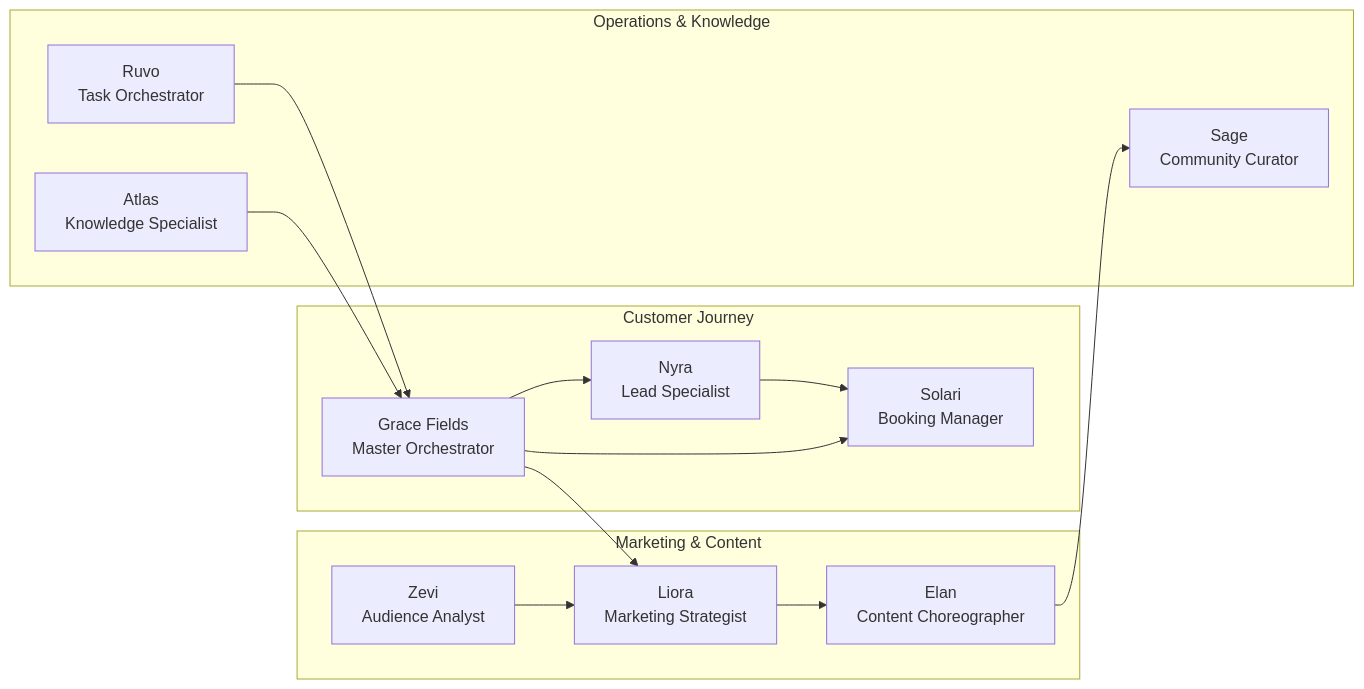
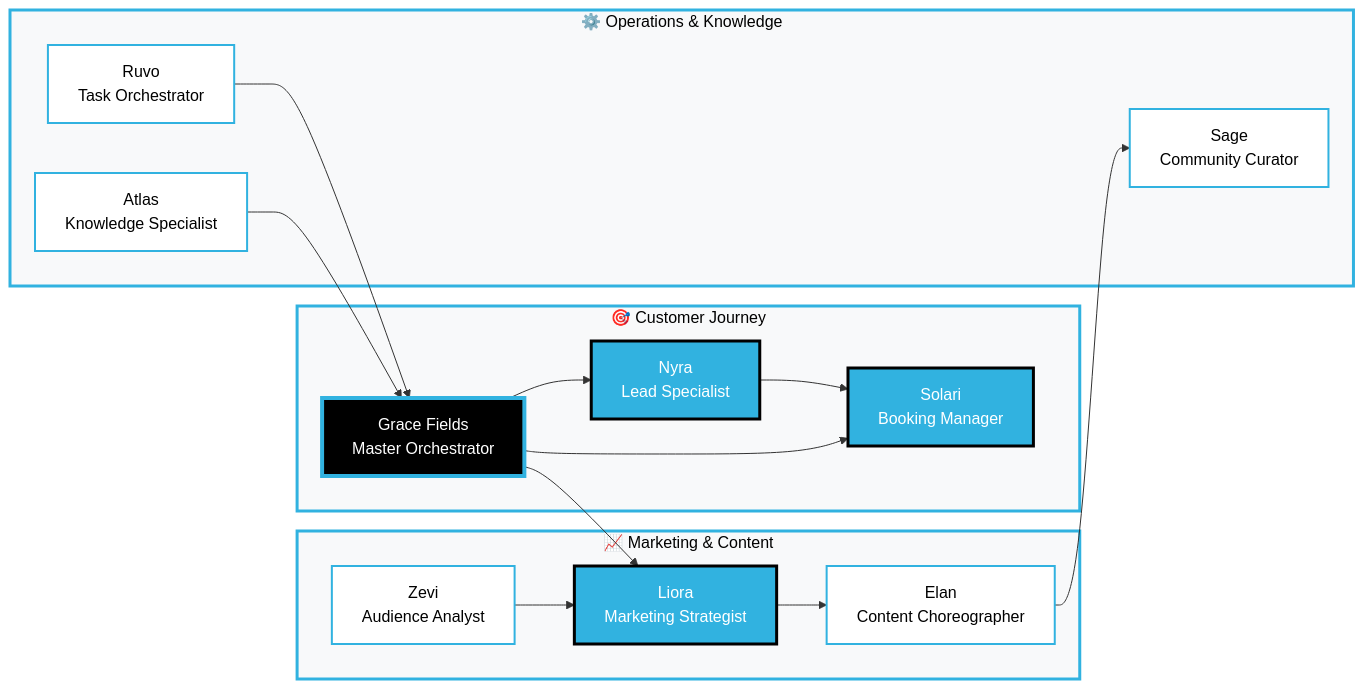
Before and after one commit to Utak-West/The-HigherSelf-Network-Server: the third of 5 diagrams in README.md, drawn with Mermaid. The commit also changed other lines of this file, not shown here.

````diff
--- a/README.md
+++ b/README.md
@@ -445,30 +488,41 @@
 ```mermaid
 graph LR
-    subgraph "Customer Journey"
+    subgraph CJ ["🎯 Customer Journey"]
         N[Nyra<br/>Lead Specialist]
         S[Solari<br/>Booking Manager]
         GF[Grace Fields<br/>Master Orchestrator]
     end
 
-    subgraph "Marketing & Content"
+    subgraph MC ["📈 Marketing & Content"]
         L[Liora<br/>Marketing Strategist]
         E[Elan<br/>Content Choreographer]
         Z[Zevi<br/>Audience Analyst]
     end
 
-    subgraph "Operations & Knowledge"
+    subgraph OK ["⚙️ Operations & Knowledge"]
         R[Ruvo<br/>Task Orchestrator]
         SG[Sage<br/>Community Curator]
         A[Atlas<br/>Knowledge Specialist]
     end
 
     N --> S
     L --> E
     E --> SG
     Z --> L
     R --> GF
     A --> GF
     GF --> N
     GF --> S
     GF --> L
+
+    %% HigherSelf Brand Styling
+    classDef primaryAgent fill:#31B2E0,stroke:#000000,stroke-width:3px,color:#FFFFFF
+    classDef secondaryAgent fill:#FFFFFF,stroke:#31B2E0,stroke-width:2px,color:#000000
+    classDef groupStyle fill:#F8F9FA,stroke:#31B2E0,stroke-width:3px,color:#000000
+    classDef masterAgent fill:#000000,stroke:#31B2E0,stroke-width:4px,color:#FFFFFF
+
+    class GF masterAgent
+    class N,S,L primaryAgent
+    class E,Z,R,SG,A secondaryAgent
+    class CJ,MC,OK groupStyle
 ```
````
